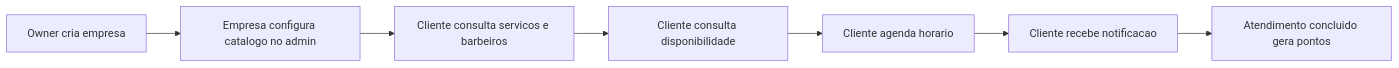
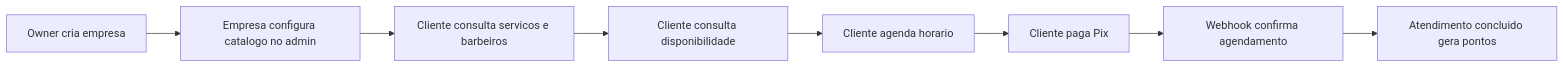
The first of 2 diagrams in docs/overview.md (KaioHerculano/fenix-barbershop-api), drawn with Mermaid before and after one commit. The commit also changed other lines of this file and 8 other files, not shown here.

Commit message:
docs: document payment pix webhook flow

````diff
--- a/docs/overview.md
+++ b/docs/overview.md
@@ -33,9 +33,10 @@
 ```mermaid
 flowchart LR
     A["Owner cria empresa"] --> B["Empresa configura catalogo no admin"]
     B --> C["Cliente consulta servicos e barbeiros"]
     C --> D["Cliente consulta disponibilidade"]
     D --> E["Cliente agenda horario"]
-    E --> F["Cliente recebe notificacao"]
-    F --> G["Atendimento concluido gera pontos"]
+    E --> F["Cliente paga Pix"]
+    F --> G["Webhook confirma agendamento"]
+    G --> H["Atendimento concluido gera pontos"]
 ```
````
